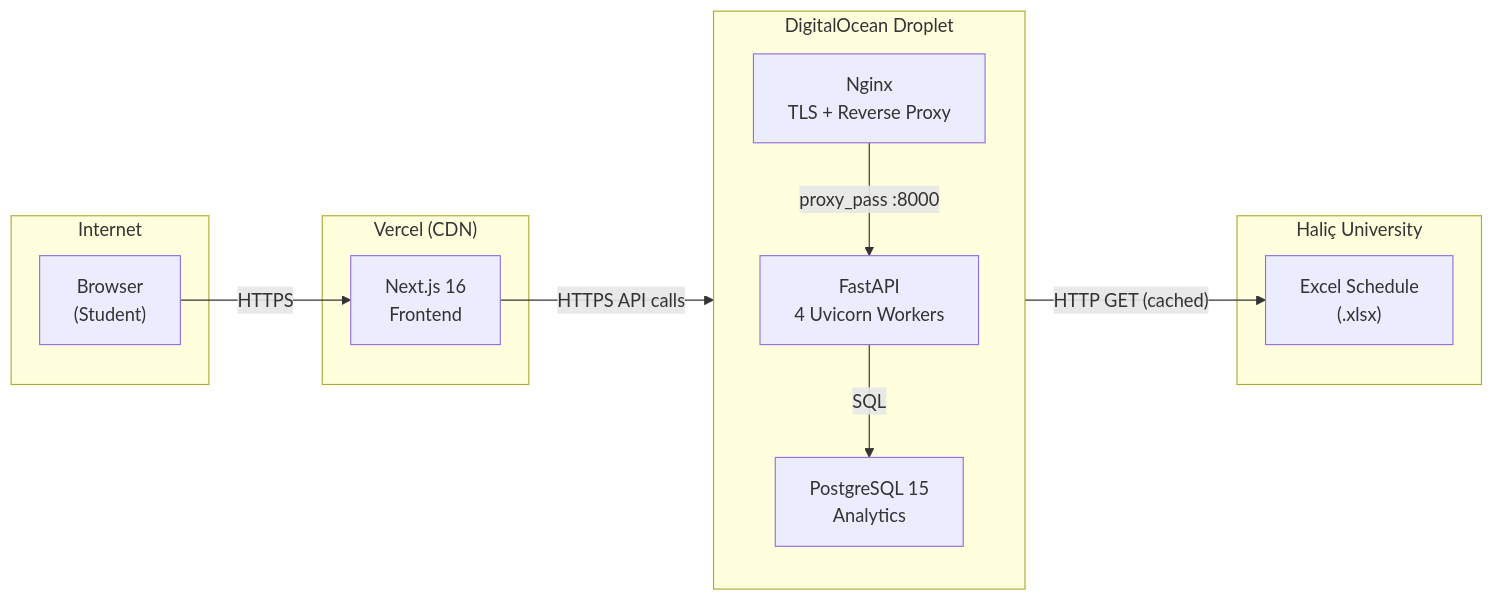
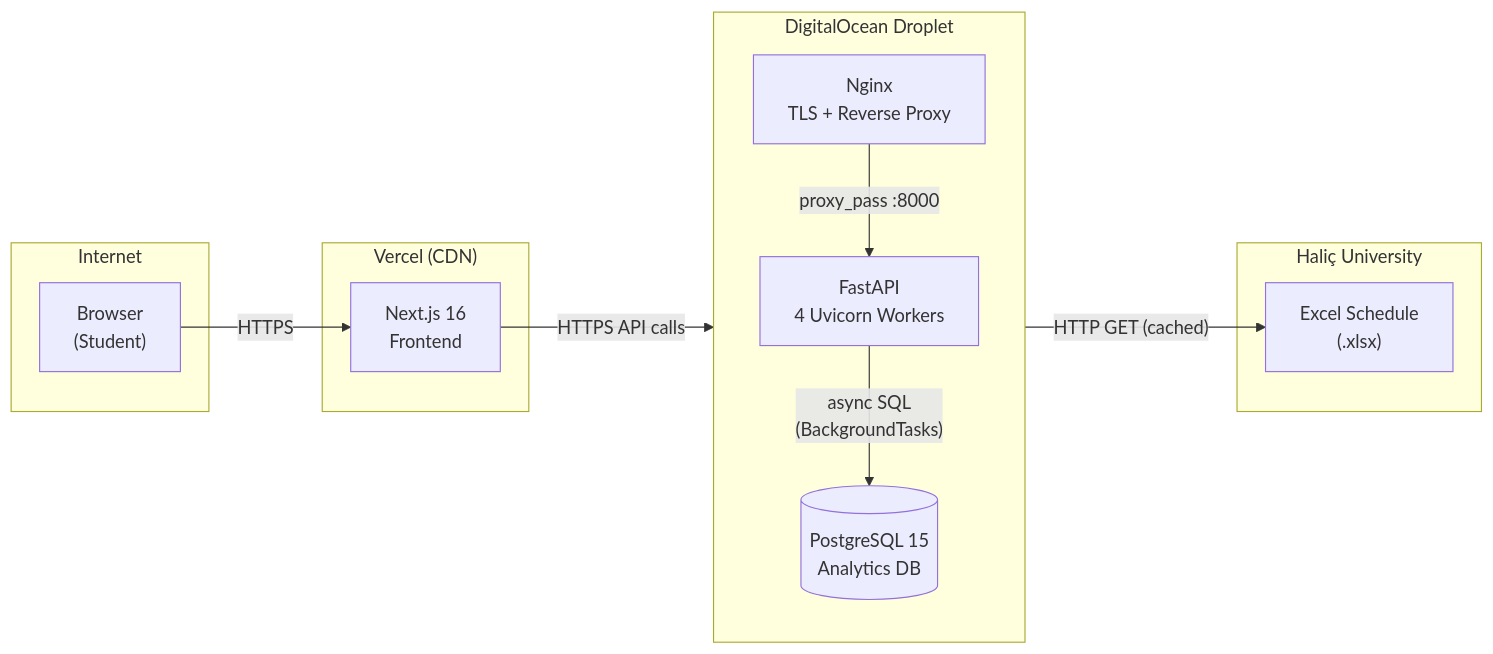
Before and after one commit to eftekin/halic-exam-genius-pro: the diagram in README.md, drawn with Mermaid. The commit also changed other lines of this file and 5 other files, not shown here.

````diff
--- a/README.md
+++ b/README.md
@@ -80,27 +86,27 @@
 ```mermaid
 graph LR
     subgraph Internet
         A["Browser<br/>(Student)"]
     end
 
     subgraph Vercel["Vercel (CDN)"]
         B["Next.js 16<br/>Frontend"]
     end
 
     subgraph DO["DigitalOcean Droplet"]
         direction TB
         C["Nginx<br/>TLS + Reverse Proxy"]
         D["FastAPI<br/>4 Uvicorn Workers"]
-        E["PostgreSQL 15<br/>Analytics"]
+        E[("PostgreSQL 15<br/>Analytics DB")]
     end
 
     subgraph Halic["Haliç University"]
         F["Excel Schedule<br/>(.xlsx)"]
     end
 
     A -- HTTPS --> B
     B -- "HTTPS API calls" --> C
     C -- "proxy_pass :8000" --> D
-    D -- SQL --> E
+    D -- "async SQL<br/>(BackgroundTasks)" --> E
     D -- "HTTP GET (cached)" --> F
 ```
````
